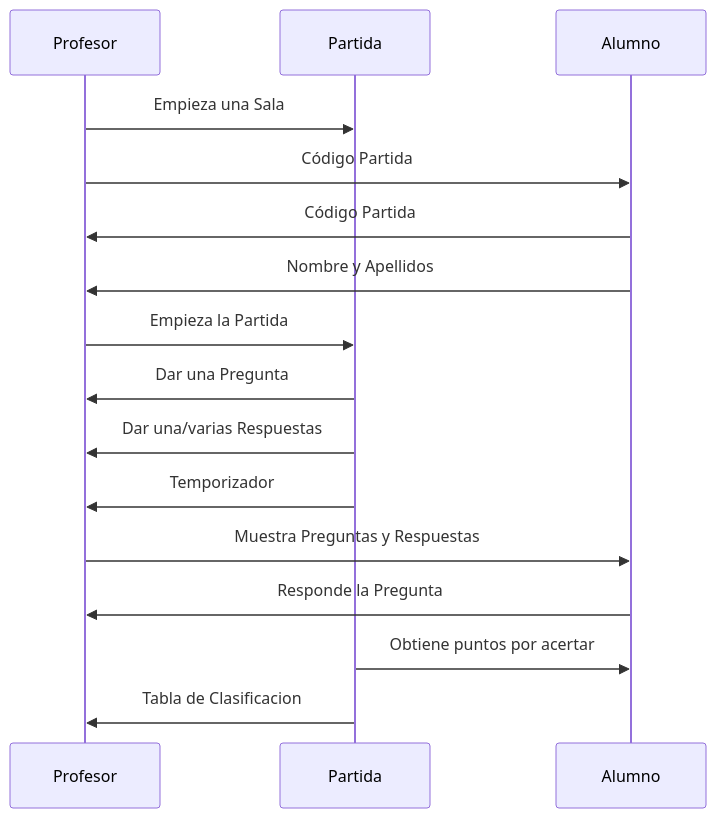
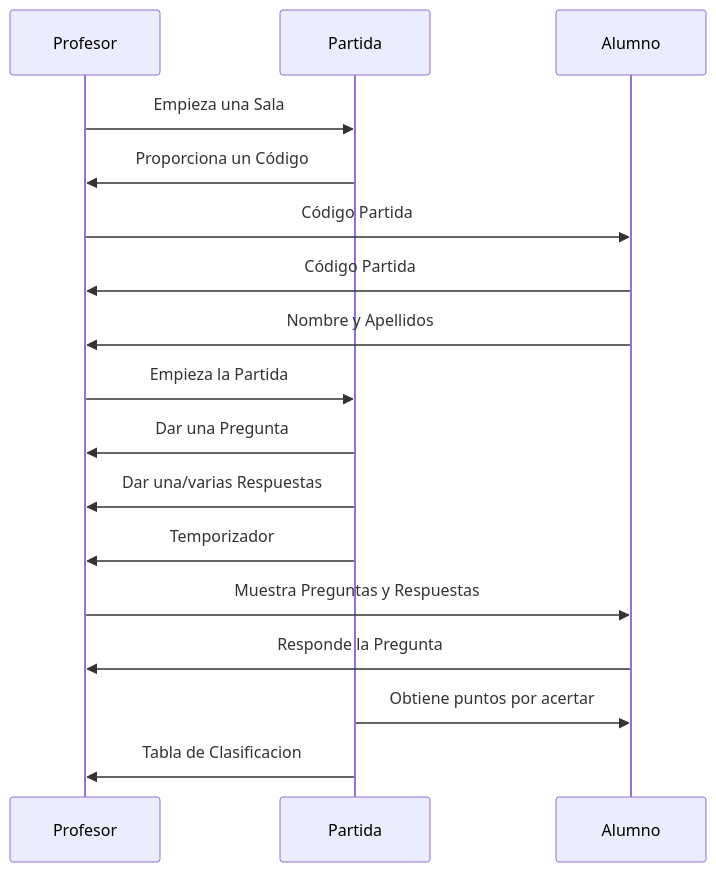
One commit to MyNameIsAlecs/Kahoot-UML changed the diagram in README.md. Above: the diagram before and after it, drawn with Mermaid. The commit also changed other lines of this file, not shown here.

````diff
--- a/README.md
+++ b/README.md
@@ -52,16 +32,17 @@
 ```mermaid
     sequenceDiagram
     Profesor ->> Partida : Empieza una Sala
+    Partida ->> Profesor : Proporciona un Código
     Profesor ->> Alumno : Código Partida
     Alumno ->> Profesor : Código Partida
     Alumno ->> Profesor : Nombre y Apellidos
     Profesor ->> Partida : Empieza la Partida
     Partida ->> Profesor : Dar una Pregunta
     Partida ->> Profesor : Dar una/varias Respuestas
     Partida ->> Profesor : Temporizador
     Profesor ->> Alumno : Muestra Preguntas y Respuestas
     Alumno ->> Profesor : Responde la Pregunta
     Partida ->> Alumno : Obtiene puntos por acertar
     Partida ->> Profesor: Tabla de Clasificacion
 
 ```
````
